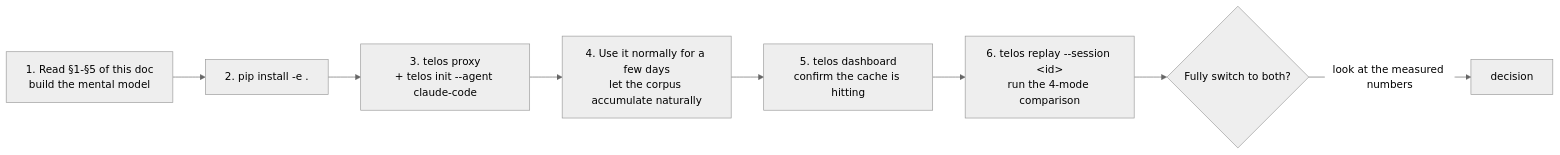
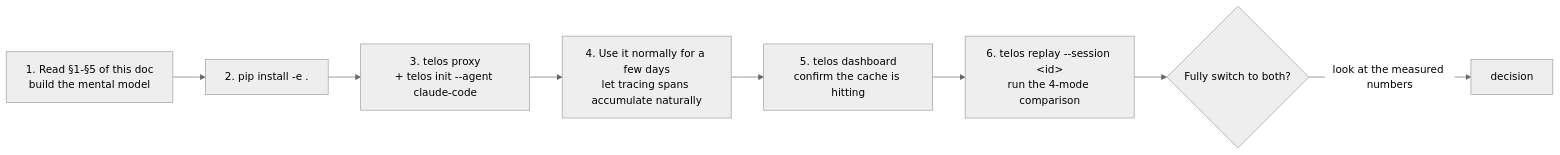
The eighth of 8 diagrams in docs/playbook.md (eryflow/telos-sdk), drawn with Mermaid (neutral theme) before and after one commit. The commit also changed other lines of this file and 19 other files, not shown here.

````diff
--- a/docs/playbook.md
+++ b/docs/playbook.md
@@ -633,10 +633,10 @@
 ```mermaid
 flowchart LR
   S1["1. Read §1-§5 of this doc<br/>build the mental model"] --> S2["2. pip install -e ."]
   S2 --> S3["3. telos proxy<br/>+ telos init --agent claude-code"]
-  S3 --> S4["4. Use it normally for a few days<br/>let the corpus accumulate naturally"]
+  S3 --> S4["4. Use it normally for a few days<br/>let tracing spans accumulate naturally"]
   S4 --> S5["5. telos dashboard<br/>confirm the cache is hitting"]
   S5 --> S6["6. telos replay --session &lt;id&gt;<br/>run the 4-mode comparison"]
   S6 --> S7{"Fully switch to both?"}
   S7 -- "look at the measured numbers" --> S8["decision"]
 ```
````
